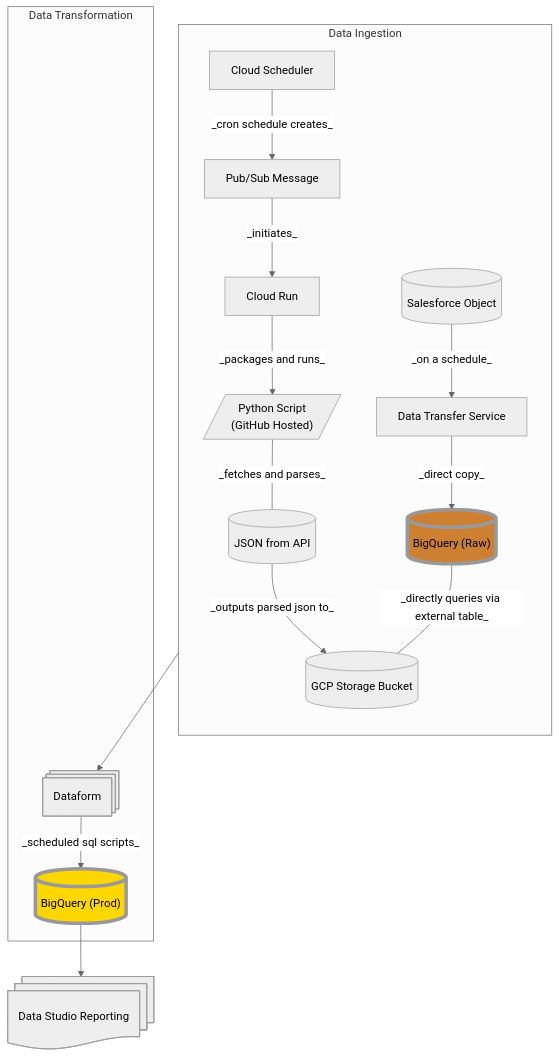
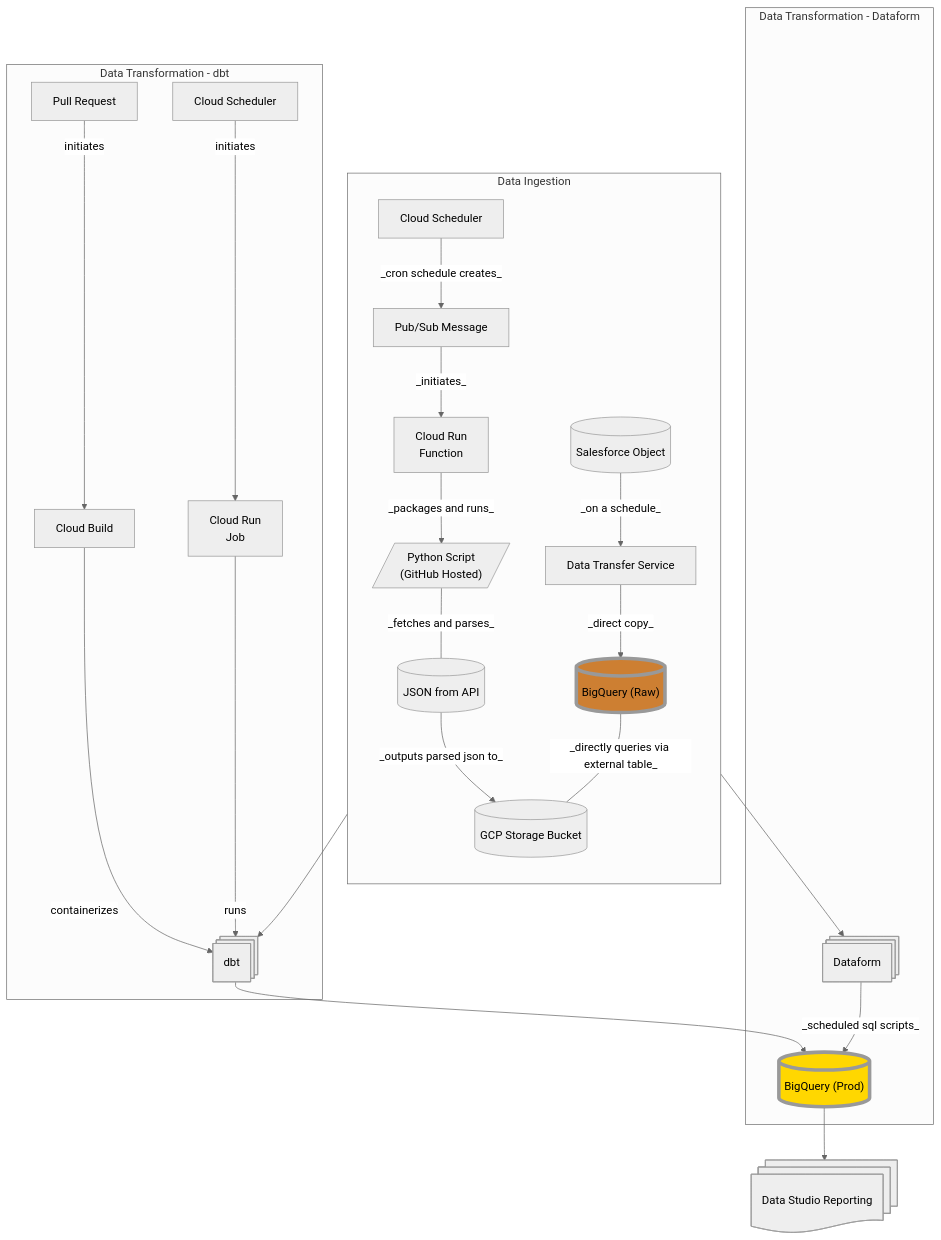
Before and after one commit to chris-purpleotter/po-demos: the first of 2 diagrams in README.md, drawn with Mermaid.

Commit message:
add dbt option

````diff
--- a/README.md
+++ b/README.md
@@ -34,43 +34,59 @@
 ```mermaid
 ---
 config:
   theme: 'neutral'
 ---
 flowchart TB
     bq_raw@{ shape: cyl, label: "BigQuery (Raw)"}
         style bq_raw fill: #CD7F32, stroke-width:5px
     bq_prod@{ shape: cyl, label: "BigQuery (Prod)"}
         style bq_prod fill: #FFD700, stroke-width:5px
     sf@{ shape: cyl, label: "Salesforce Object" }
     gcp_store@{ shape: cyl, label: "GCP Storage Bucket" }
     trx@{ shape: cyl, label: "JSON from API"}
     data_transfer@{ shape: process, label: "Data Transfer Service"}
     dataform@{ shape: processes, label: "Dataform"}
+    dbt@{ shape: processes, label: "dbt"}
+    dbt_pull@{ shape: process, label: "Pull Request"}
+    dbt_cloud_build@{ shape: process, label: "Cloud Build"}
+    dbt_cloud_run@{ shape: process, label: "Cloud Run \n Job"}
+    dbt_cloud_scheduler@{ shape: process, label: "Cloud Scheduler"}
     cloud_scheduler@{ shape: process, label: "Cloud Scheduler"}
     pubsub@{ shape: process, label: "Pub/Sub Message"}
-    cloud_run@{ shape: process, label: "Cloud Run"}
+    cloud_run@{ shape: process, label: "Cloud Run \n Function"}
     python@{ shape: lean-r, label: "Python Script \n (GitHub Hosted)"}
     bi@{ shape: docs, label: "Data Studio Reporting" }
     spacer[ ]
         style spacer opacity:0,height:5px
 
     subgraph ingestion["Data Ingestion"]
         direction TB
         data_transfer
         cloud_scheduler --> |_cron schedule creates_| pubsub
         pubsub --> |_initiates_| cloud_run
         cloud_run --> |_packages and runs_| python
         python --- |_fetches and parses_| trx --> |_outputs parsed json to_| gcp_store
         sf --> |_on a schedule_| data_transfer
         data_transfer --> |_direct copy_| bq_raw
         bq_raw --- |_directly queries via external table_| gcp_store
     end
 
-    subgraph transformation["Data Transformation"]
+    subgraph transformation1["Data Transformation - Dataform"]
         spacer ~~~ dataform
         dataform --> |_scheduled sql scripts_| bq_prod
     end
 
+    subgraph transformation2["Data Transformation - dbt"]
+        spacer ~~~ dbt_pull
+        dbt_pull --> | initiates | dbt_cloud_build
+        dbt_cloud_build --> | containerizes | dbt
+        dbt_cloud_scheduler --> | initiates | dbt_cloud_run
+        dbt_cloud_run --> | runs | dbt
+        dbt --> bq_prod
+
+    end
+
     bq_raw --> dataform
+    bq_raw --> dbt
     bq_prod --> bi
 ```
````
